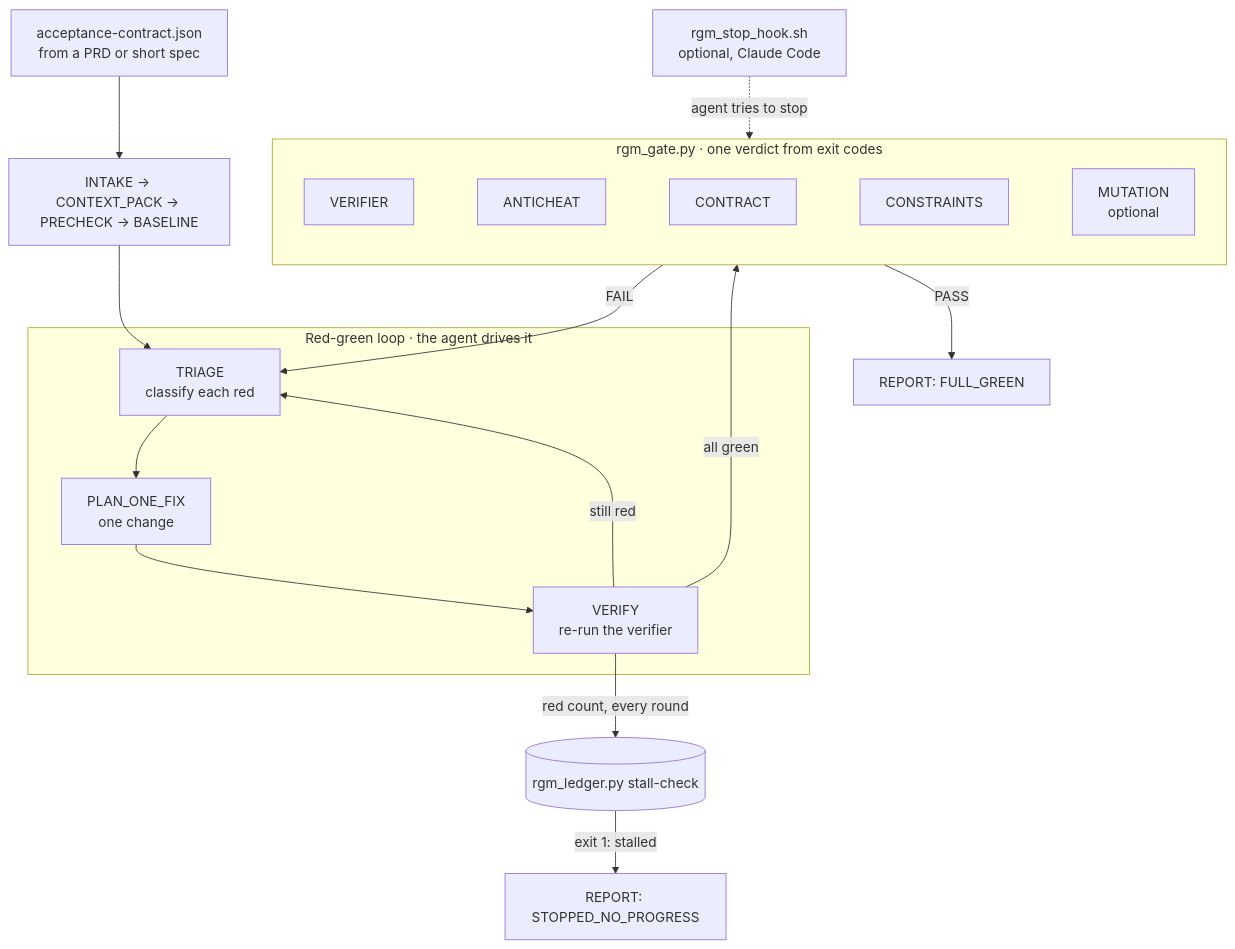
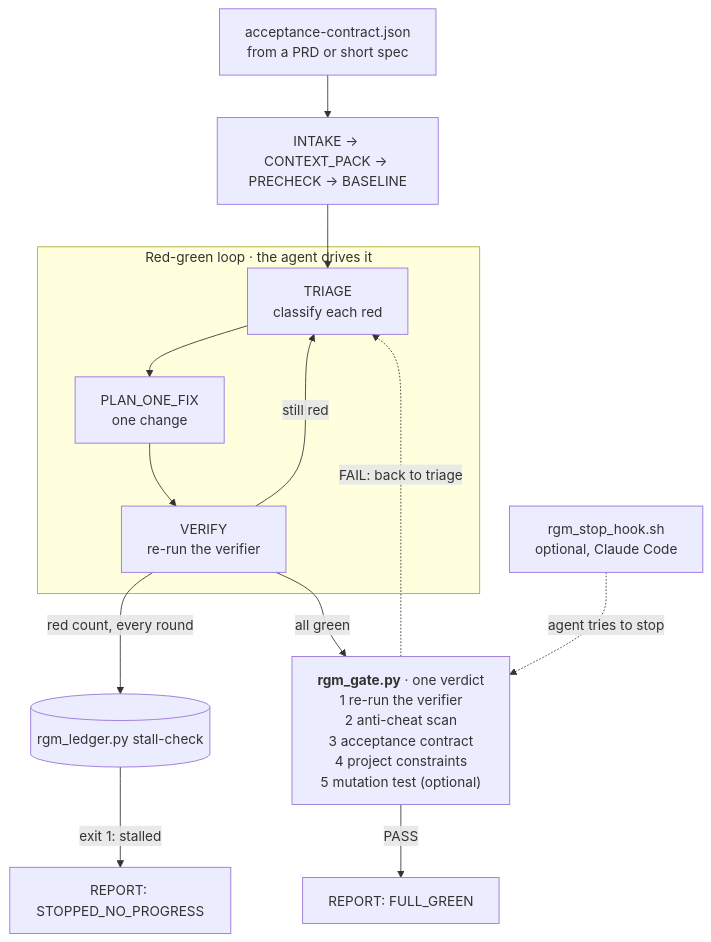
Before and after one commit to hidevinliu/red-green-mode: the diagram in README.md, drawn with Mermaid. The commit also changed other lines of this file and 1 other file, not shown here.

Commit message:
docs: clearer top-down architecture diagram (gate checks listed in one box)

````diff
--- a/README.md
+++ b/README.md
@@ -9,23 +9,19 @@
 ```mermaid
 flowchart TD
     SPEC["acceptance-contract.json<br/>from a PRD or short spec"] --> START["INTAKE → CONTEXT_PACK → PRECHECK → BASELINE"]
     START --> T
 
     subgraph LOOP["Red-green loop · the agent drives it"]
         T["TRIAGE<br/>classify each red"] --> F["PLAN_ONE_FIX<br/>one change"]
         F --> V["VERIFY<br/>re-run the verifier"]
         V -- "still red" --> T
     end
 
     V -- "red count, every round" --> L[("rgm_ledger.py stall-check")]
     L -- "exit 1: stalled" --> STOP["REPORT: STOPPED_NO_PROGRESS"]
 
-    V -- "all green" --> GATE
-    subgraph GATE["rgm_gate.py · one verdict from exit codes"]
-        direction LR
-        G1["VERIFIER"] ~~~ G2["ANTICHEAT"] ~~~ G3["CONTRACT"] ~~~ G4["CONSTRAINTS"] ~~~ G5["MUTATION<br/>optional"]
-    end
-    GATE -- "PASS" --> DONE["REPORT: FULL_GREEN"]
-    GATE -- "FAIL" --> T
-    HOOK["rgm_stop_hook.sh<br/>optional, Claude Code"] -. "agent tries to stop" .-> GATE
+    V -- "all green" --> G["<b>rgm_gate.py</b> · one verdict<br/>1 re-run the verifier<br/>2 anti-cheat scan<br/>3 acceptance contract<br/>4 project constraints<br/>5 mutation test (optional)"]
+    HOOK["rgm_stop_hook.sh<br/>optional, Claude Code"] -. "agent tries to stop" .-> G
+    G -- "PASS" --> DONE["REPORT: FULL_GREEN"]
+    G -. "FAIL: back to triage" .-> T
 ```
````
